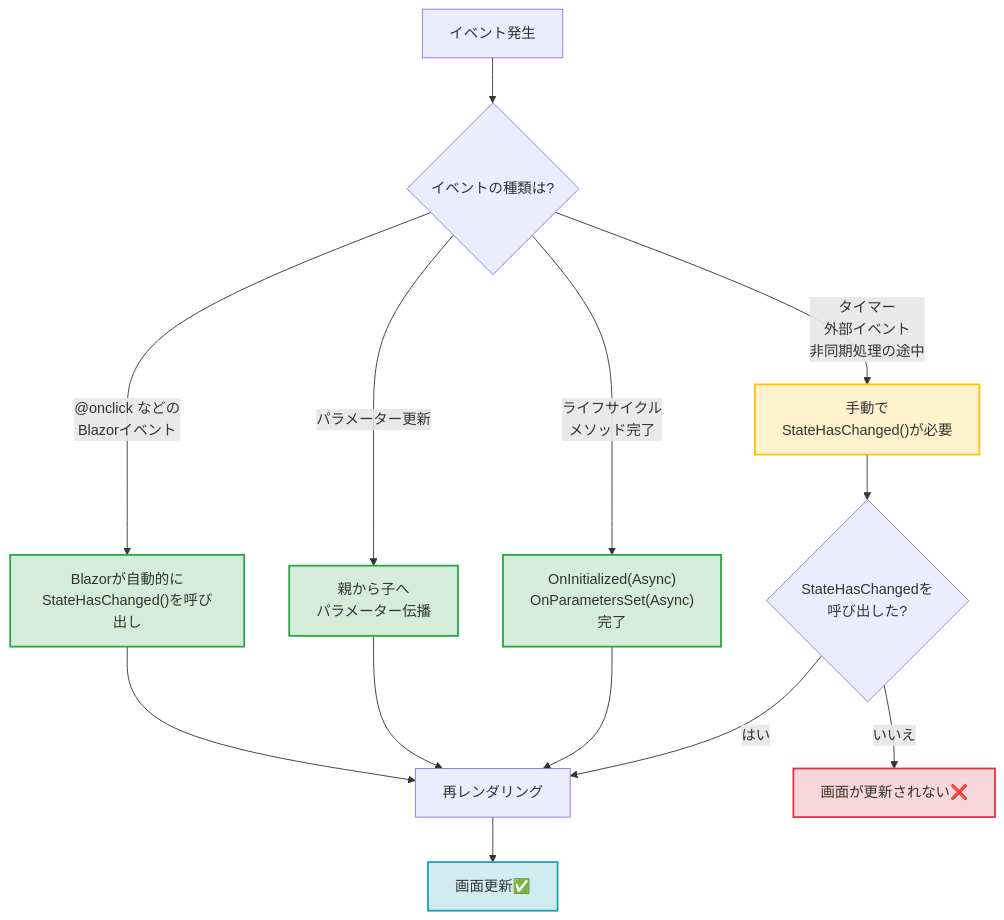
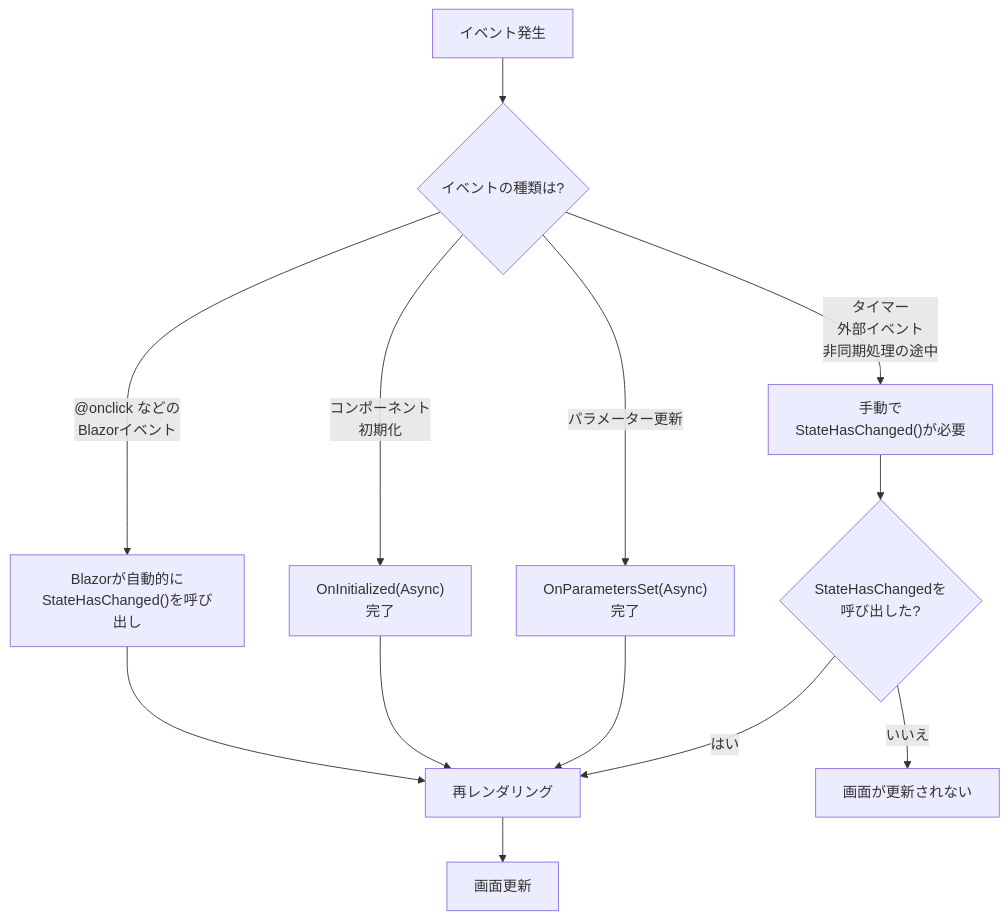
The diagram in articles/blazor-rerendering-triggers.md (pixcelo/zenn-content), drawn with Mermaid before and after one commit. The commit also changed other lines of this file, not shown here.

````diff
--- a/articles/blazor-rerendering-triggers.md
+++ b/articles/blazor-rerendering-triggers.md
@@ -48,27 +57,20 @@
 ```mermaid
 flowchart TD
     Start["イベント発生"] --> Check{"イベントの種類は?"}
 
     Check -->|"@onclick などの<br/>Blazorイベント"| Auto["Blazorが自動的に<br/>StateHasChanged()を呼び出し"]
-    Check -->|"パラメーター更新"| Param["親から子へ<br/>パラメーター伝播"]
-    Check -->|"ライフサイクル<br/>メソッド完了"| Lifecycle["OnInitialized(Async)<br/>OnParametersSet(Async)<br/>完了"]
+    Check -->|"コンポーネント<br/>初期化"| Init["OnInitialized(Async)<br/>完了"]
+    Check -->|"パラメーター更新"| Param["OnParametersSet(Async)<br/>完了"]
 
     Auto --> Render["再レンダリング"]
+    Init --> Render
     Param --> Render
-    Lifecycle --> Render
 
     Check -->|"タイマー<br/>外部イベント<br/>非同期処理の途中"| Manual["手動で<br/>StateHasChanged()が必要"]
 
     Manual --> UserCall{"StateHasChangedを<br/>呼び出した?"}
     UserCall -->|"はい"| Render
-    UserCall -->|"いいえ"| NoUpdate["画面が更新されない❌"]
+    UserCall -->|"いいえ"| NoUpdate["画面が更新されない"]
 
-    Render --> Display["画面更新✅"]
-
-    style Auto fill:#d4edda,stroke:#28a745,stroke-width:2px
-    style Param fill:#d4edda,stroke:#28a745,stroke-width:2px
-    style Lifecycle fill:#d4edda,stroke:#28a745,stroke-width:2px
-    style Manual fill:#fff3cd,stroke:#ffc107,stroke-width:2px
-    style NoUpdate fill:#f8d7da,stroke:#dc3545,stroke-width:2px
-    style Display fill:#d1ecf1,stroke:#17a2b8,stroke-width:2px
+    Render --> Display["画面更新"]
 ```
````
